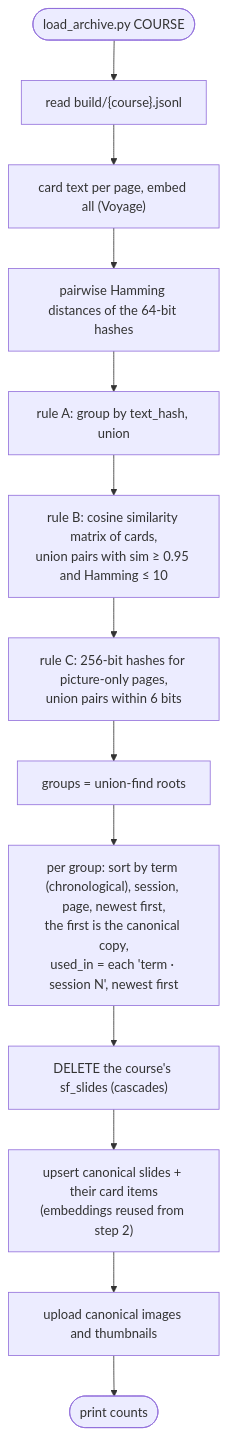
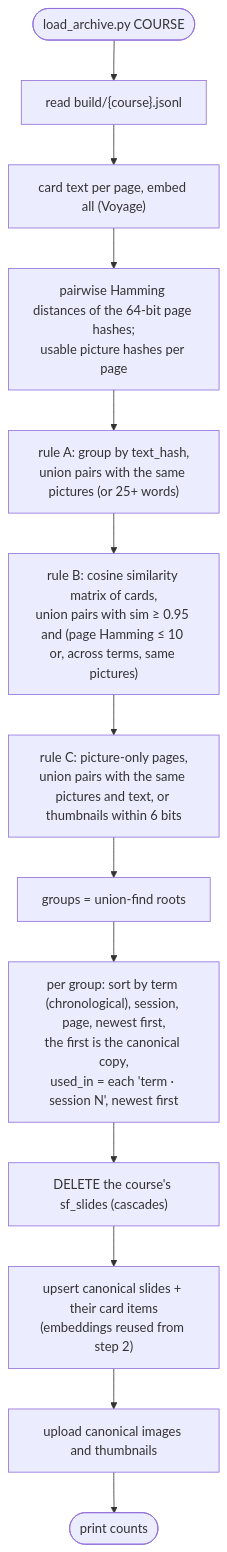
The tenth of 20 diagrams in README.md (bcollier/slide-finder), drawn with Mermaid before and after one commit. The commit also changed other lines of this file, not shown here.

First line of the commit message:
README: counts, grouping rule and scores after regrouping by embedded pictures

````diff
--- a/README.md
+++ b/README.md
@@ -814,15 +830,15 @@
 ```mermaid
 flowchart TB
     start([load_archive.py COURSE]) --> R["read build/{course}.jsonl"]
     R --> E["card text per page, embed all (Voyage)"]
-    E --> HM["pairwise Hamming distances of the 64-bit hashes"]
-    HM --> A["rule A: group by text_hash, union"]
-    A --> B["rule B: cosine similarity matrix of cards,<br/>union pairs with sim ≥ 0.95 and Hamming ≤ 10"]
-    B --> C["rule C: 256-bit hashes for picture-only pages,<br/>union pairs within 6 bits"]
+    E --> HM["pairwise Hamming distances of the 64-bit page hashes;<br/>usable picture hashes per page"]
+    HM --> A["rule A: group by text_hash,<br/>union pairs with the same pictures (or 25+ words)"]
+    A --> B["rule B: cosine similarity matrix of cards,<br/>union pairs with sim ≥ 0.95 and (page Hamming ≤ 10 or, across terms, same pictures)"]
+    B --> C["rule C: picture-only pages,<br/>union pairs with the same pictures and text, or thumbnails within 6 bits"]
     C --> G["groups = union-find roots"]
     G --> CAN["per group: sort by term (chronological), session, page, newest first,<br/>the first is the canonical copy,<br/>used_in = each 'term · session N', newest first"]
     CAN --> DEL["DELETE the course's sf_slides (cascades)"]
     DEL --> UP["upsert canonical slides + their card items<br/>(embeddings reused from step 2)"]
     UP --> IMG["upload canonical images and thumbnails"]
     IMG --> stop([print counts])
 ```
````
